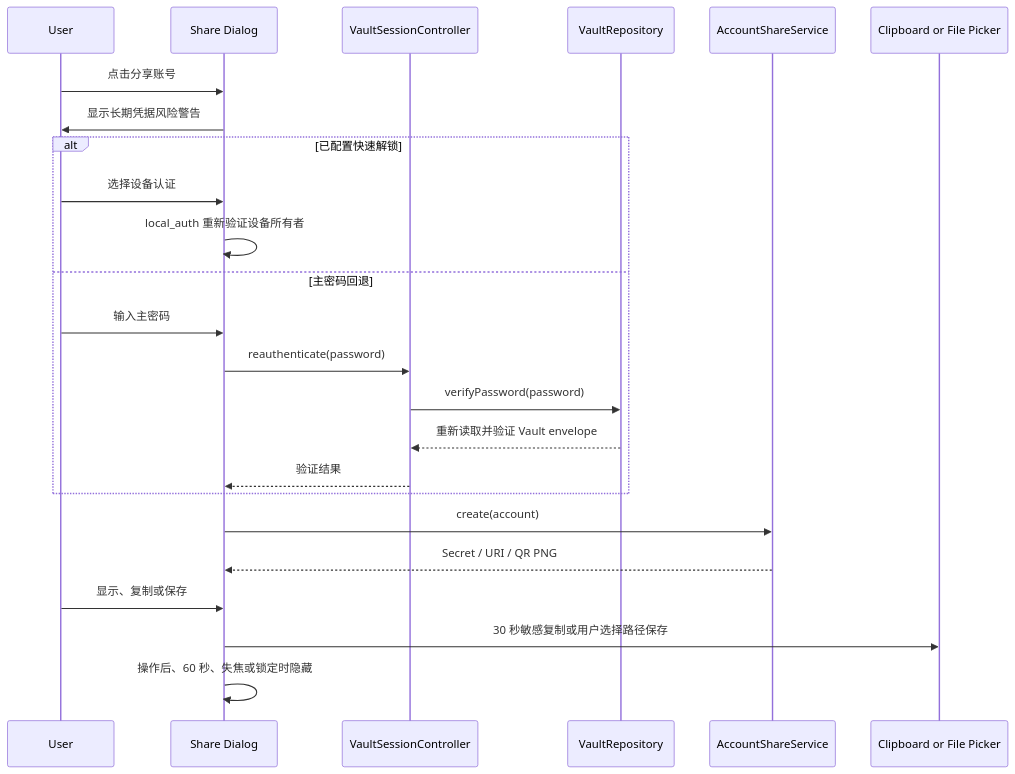
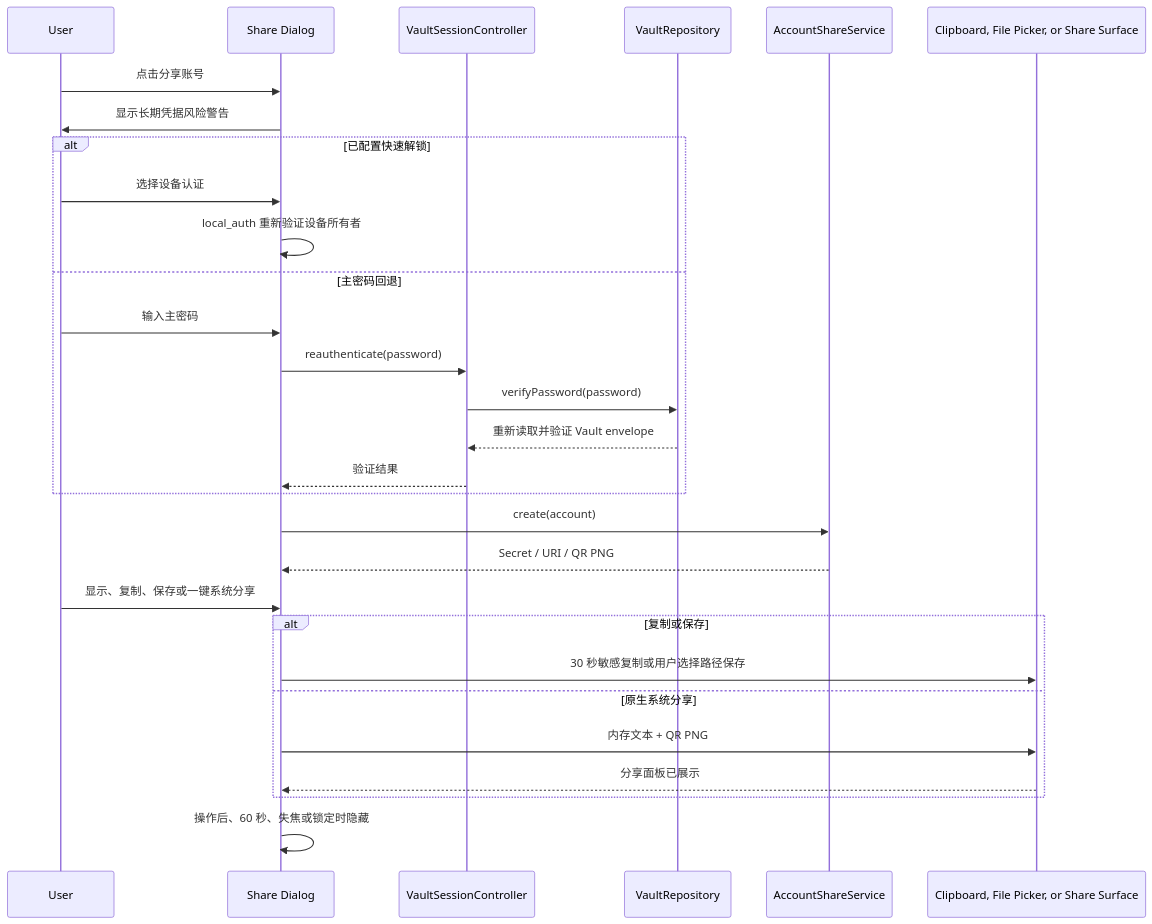
The fourth of 4 diagrams in docs/TECHNICAL_DESIGN.md (geng452654716/google-code), drawn with Mermaid before and after one commit. The commit also changed other lines of this file and 13 other files, not shown here.

````diff
--- a/docs/TECHNICAL_DESIGN.md
+++ b/docs/TECHNICAL_DESIGN.md
@@ -747,27 +747,32 @@
 ```mermaid
 sequenceDiagram
     participant U as User
     participant UI as Share Dialog
     participant C as VaultSessionController
     participant R as VaultRepository
     participant S as AccountShareService
-    participant OS as Clipboard or File Picker
+    participant OS as Clipboard, File Picker, or Share Surface
 
     U->>UI: 点击分享账号
     UI->>U: 显示长期凭据风险警告
     alt 已配置快速解锁
         U->>UI: 选择设备认证
         UI->>UI: local_auth 重新验证设备所有者
     else 主密码回退
         U->>UI: 输入主密码
         UI->>C: reauthenticate(password)
         C->>R: verifyPassword(password)
         R-->>C: 重新读取并验证 Vault envelope
         C-->>UI: 验证结果
     end
     UI->>S: create(account)
     S-->>UI: Secret / URI / QR PNG
-    U->>UI: 显示、复制或保存
-    UI->>OS: 30 秒敏感复制或用户选择路径保存
+    U->>UI: 显示、复制、保存或一键系统分享
+    alt 复制或保存
+        UI->>OS: 30 秒敏感复制或用户选择路径保存
+    else 原生系统分享
+        UI->>OS: 内存文本 + QR PNG
+        OS-->>UI: 分享面板已展示
+    end
     UI->>UI: 操作后、60 秒、失焦或锁定时隐藏
 ```
````
